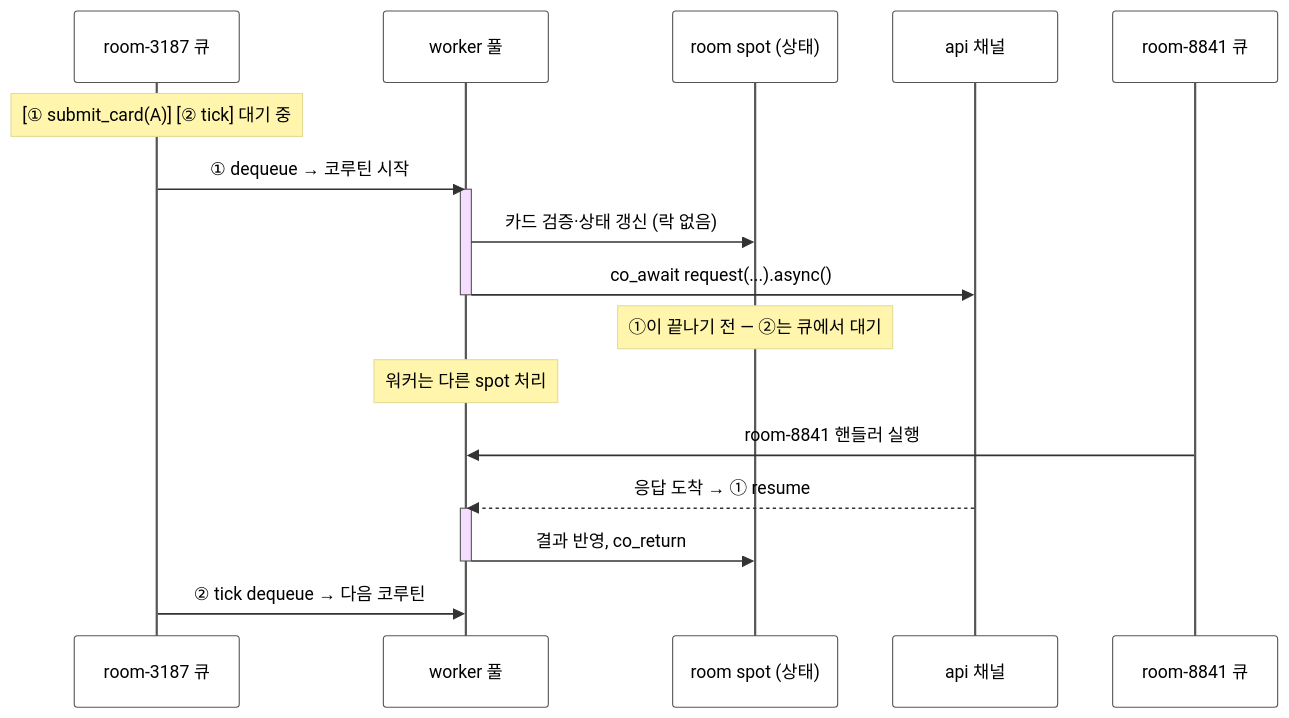
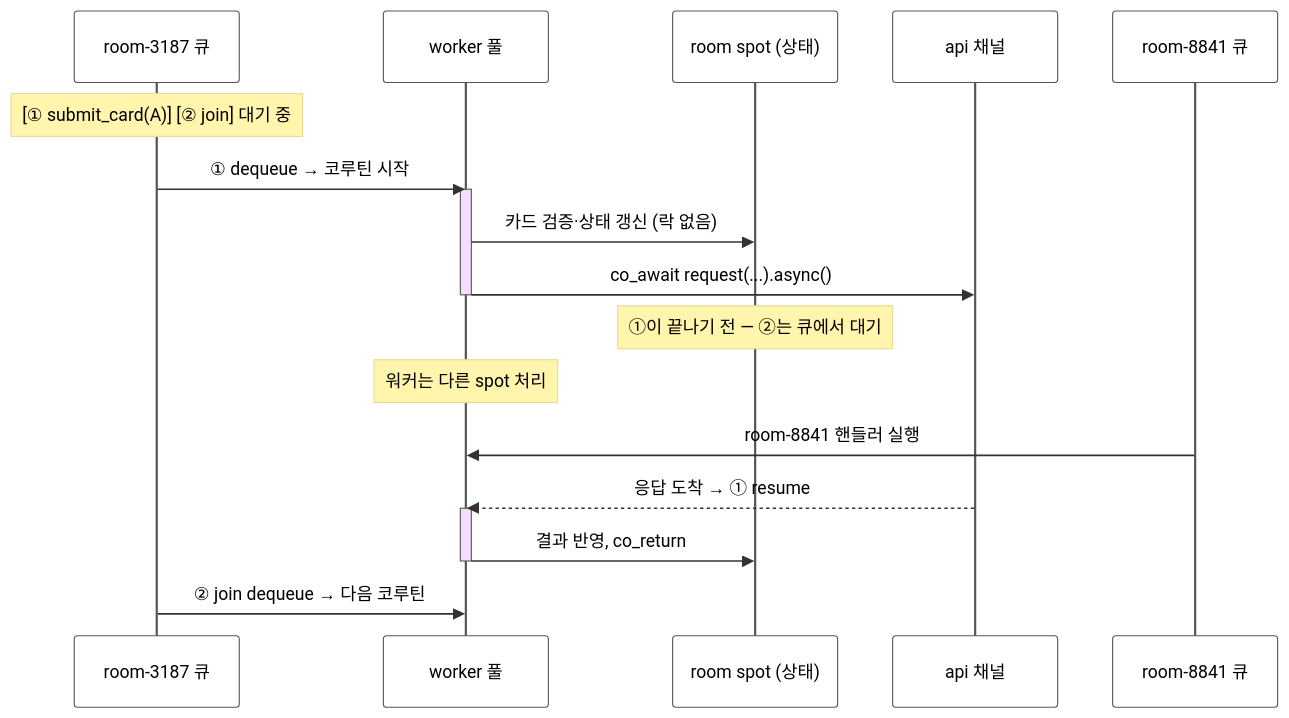
The second of 2 diagrams in framework/languages/cpp/doc/guide/08-spot.ko.md (kairos-code-dev/zlink), drawn with Mermaid before and after one commit. The commit also changed other lines of this file and 32 other files, not shown here.

````diff
--- a/framework/languages/cpp/doc/guide/08-spot.ko.md
+++ b/framework/languages/cpp/doc/guide/08-spot.ko.md
@@ -57,24 +56,24 @@
 ```mermaid
 %%{init: {'theme': 'base', 'themeVariables': {'signalTextColor': '#000000', 'actorTextColor': '#000000', 'noteTextColor': '#000000', 'actorBkg': '#ffffff', 'actorBorder': '#555555', 'activationBorderColor': '#555555'}}}%%
 sequenceDiagram
     participant Q as room-3187 큐
     participant W as worker 풀
     participant S as room spot (상태)
     participant CH as api 채널
     participant Q2 as room-8841 큐
 
-    Note over Q: [① submit_card(A)] [② tick] 대기 중
+    Note over Q: [① submit_card(A)] [② join] 대기 중
     Q->>W: ① dequeue → 코루틴 시작
     activate W
     W->>S: 카드 검증·상태 갱신 (락 없음)
     W->>CH: co_await request(...).async()
     deactivate W
     Note over S: ①이 끝나기 전 — ②는 큐에서 대기
     Note over W: 워커는 다른 spot 처리
     Q2->>W: room-8841 핸들러 실행
     CH-->>W: 응답 도착 → ① resume
     activate W
     W->>S: 결과 반영, co_return
     deactivate W
-    Q->>W: ② tick dequeue → 다음 코루틴
+    Q->>W: ② join dequeue → 다음 코루틴
 ```
````
